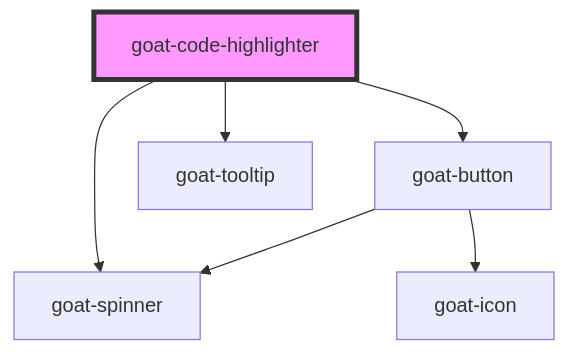
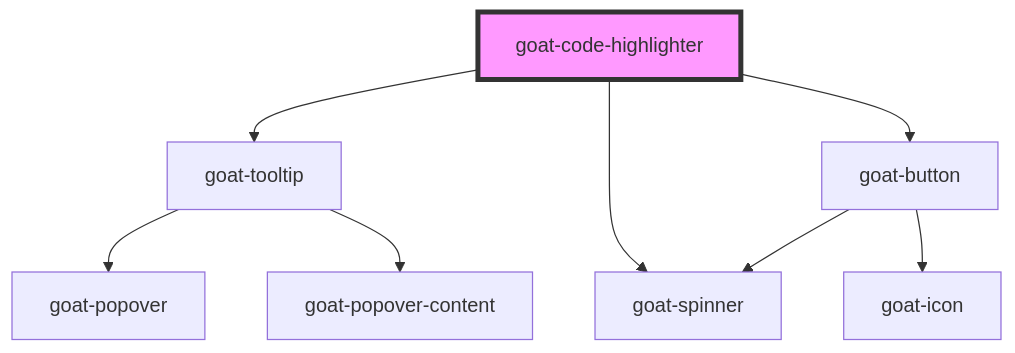
One commit to goatui/components changed the diagram in src/components/application/code-highlighter/readme.md. Above: the diagram before and after it, drawn with Mermaid. The commit also changed other lines of this file and 174 other files, not shown here.

````diff
--- a/src/components/application/code-highlighter/readme.md
+++ b/src/components/application/code-highlighter/readme.md
@@ -29,9 +29,11 @@
 ```mermaid
 graph TD;
+  goat-code-highlighter --> goat-tooltip
   goat-code-highlighter --> goat-button
-  goat-code-highlighter --> goat-tooltip
   goat-code-highlighter --> goat-spinner
+  goat-tooltip --> goat-popover
+  goat-tooltip --> goat-popover-content
   goat-button --> goat-spinner
   goat-button --> goat-icon
   style goat-code-highlighter fill:#f9f,stroke:#333,stroke-width:4px
 ```
````
